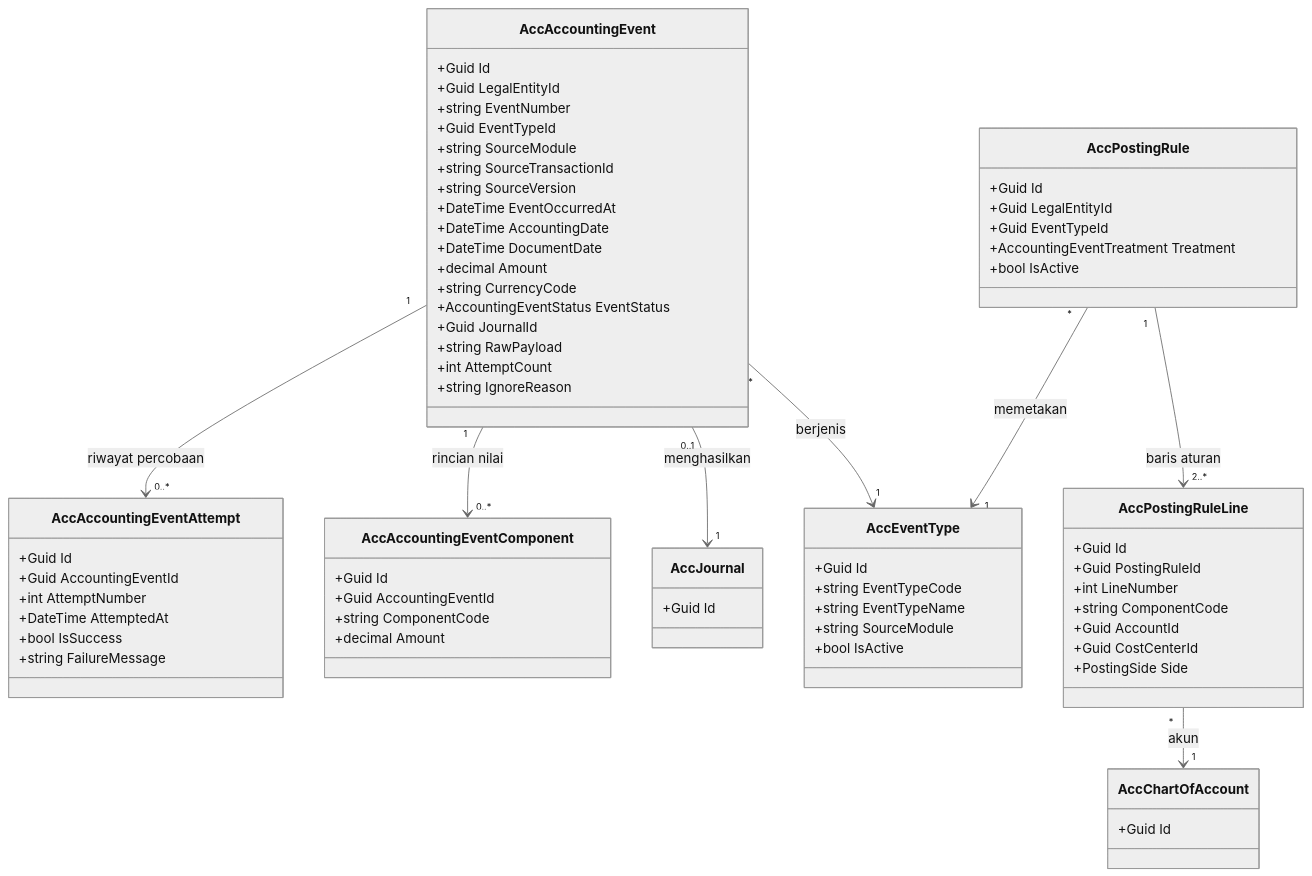
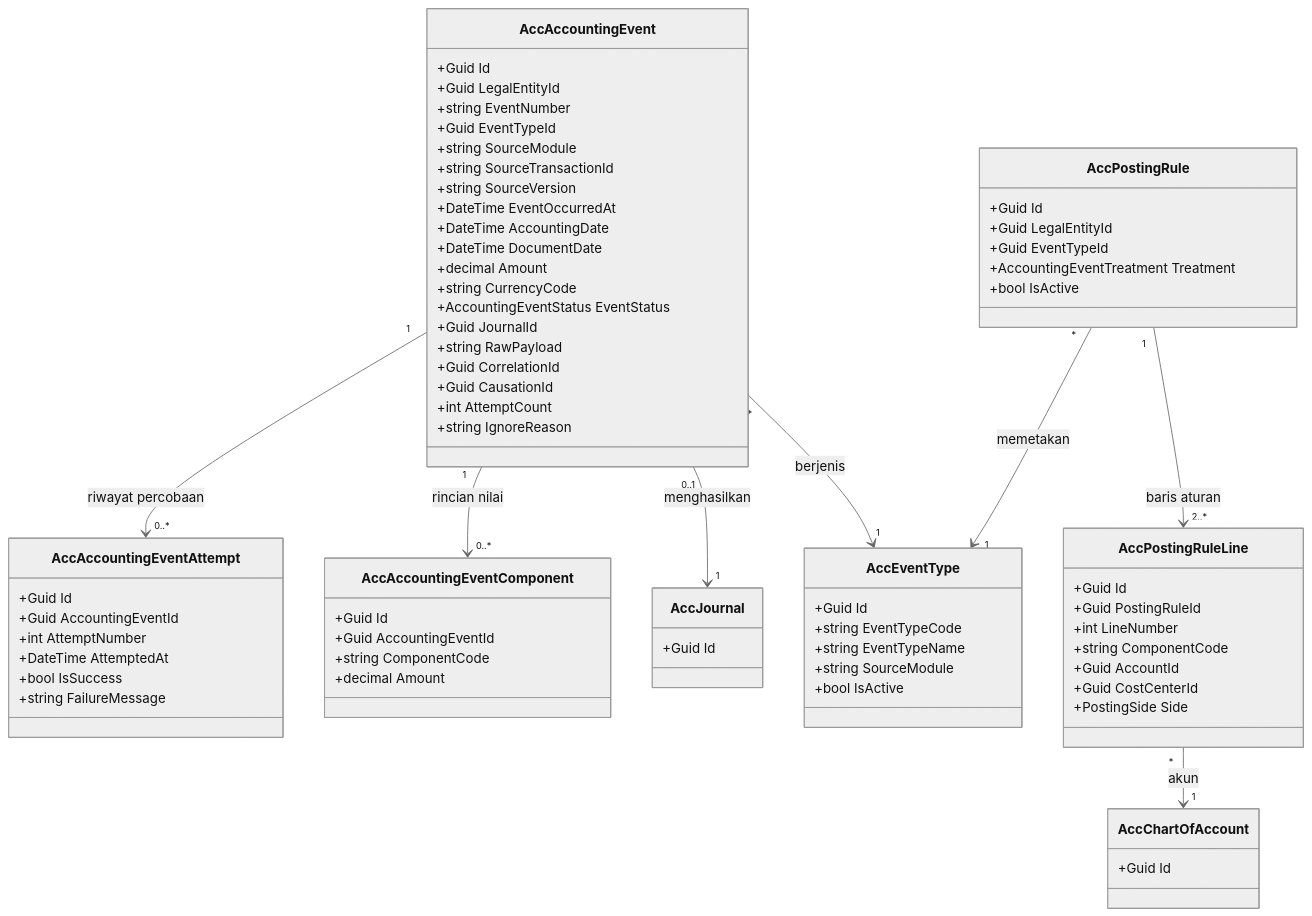
One commit to DevBenari/NewQuilvianSystemBackend changed the fifth of 7 diagrams in docs/module-blueprints/accounting/02-backend-architecture.md. Above: the diagram before and after it, drawn with Mermaid (neutral theme). The commit also changed other lines of this file and 30 other files, not shown here.

````diff
--- a/docs/module-blueprints/accounting/02-backend-architecture.md
+++ b/docs/module-blueprints/accounting/02-backend-architecture.md
@@ -713,72 +713,74 @@
 ```mermaid
 classDiagram
     class AccAccountingEvent {
         +Guid Id
         +Guid LegalEntityId
         +string EventNumber
         +Guid EventTypeId
         +string SourceModule
         +string SourceTransactionId
         +string SourceVersion
         +DateTime EventOccurredAt
         +DateTime AccountingDate
         +DateTime DocumentDate
         +decimal Amount
         +string CurrencyCode
         +AccountingEventStatus EventStatus
         +Guid JournalId
         +string RawPayload
+        +Guid CorrelationId
+        +Guid CausationId
         +int AttemptCount
         +string IgnoreReason
     }
     class AccAccountingEventAttempt {
         +Guid Id
         +Guid AccountingEventId
         +int AttemptNumber
         +DateTime AttemptedAt
         +bool IsSuccess
         +string FailureMessage
     }
     class AccPostingRule {
         +Guid Id
         +Guid LegalEntityId
         +Guid EventTypeId
         +AccountingEventTreatment Treatment
         +bool IsActive
     }
     class AccPostingRuleLine {
         +Guid Id
         +Guid PostingRuleId
         +int LineNumber
         +string ComponentCode
         +Guid AccountId
         +Guid CostCenterId
         +PostingSide Side
     }
     class AccAccountingEventComponent {
         +Guid Id
         +Guid AccountingEventId
         +string ComponentCode
         +decimal Amount
     }
     class AccEventType {
         +Guid Id
         +string EventTypeCode
         +string EventTypeName
         +string SourceModule
         +bool IsActive
     }
     class AccJournal {
         +Guid Id
     }
     class AccChartOfAccount {
         +Guid Id
     }
     AccAccountingEvent "1" --> "0..*" AccAccountingEventAttempt : riwayat percobaan
     AccAccountingEvent "1" --> "0..*" AccAccountingEventComponent : rincian nilai
     AccAccountingEvent "0..1" --> "1" AccJournal : menghasilkan
     AccAccountingEvent "*" --> "1" AccEventType : berjenis
     AccPostingRule "*" --> "1" AccEventType : memetakan
     AccPostingRule "1" --> "2..*" AccPostingRuleLine : baris aturan
     AccPostingRuleLine "*" --> "1" AccChartOfAccount : akun
 ```
````
